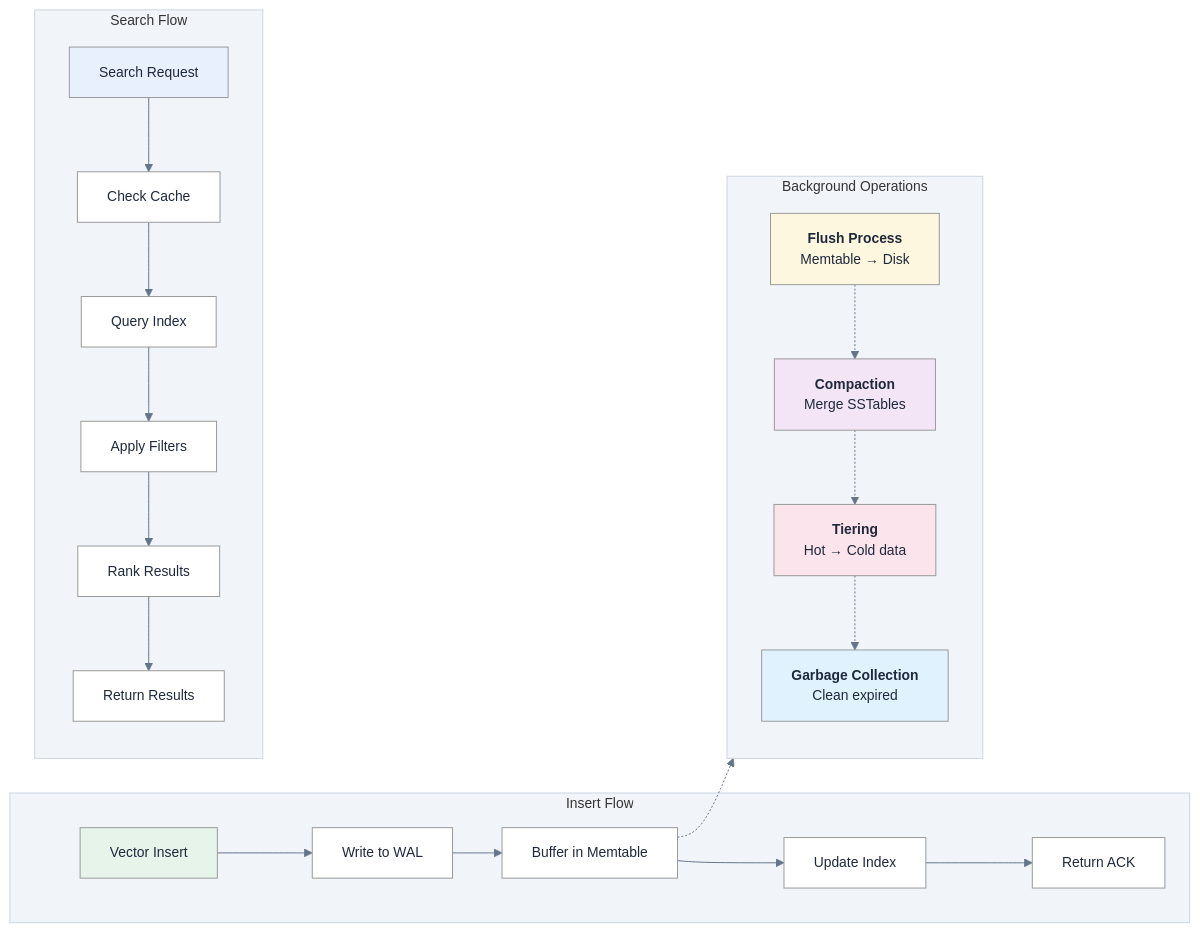
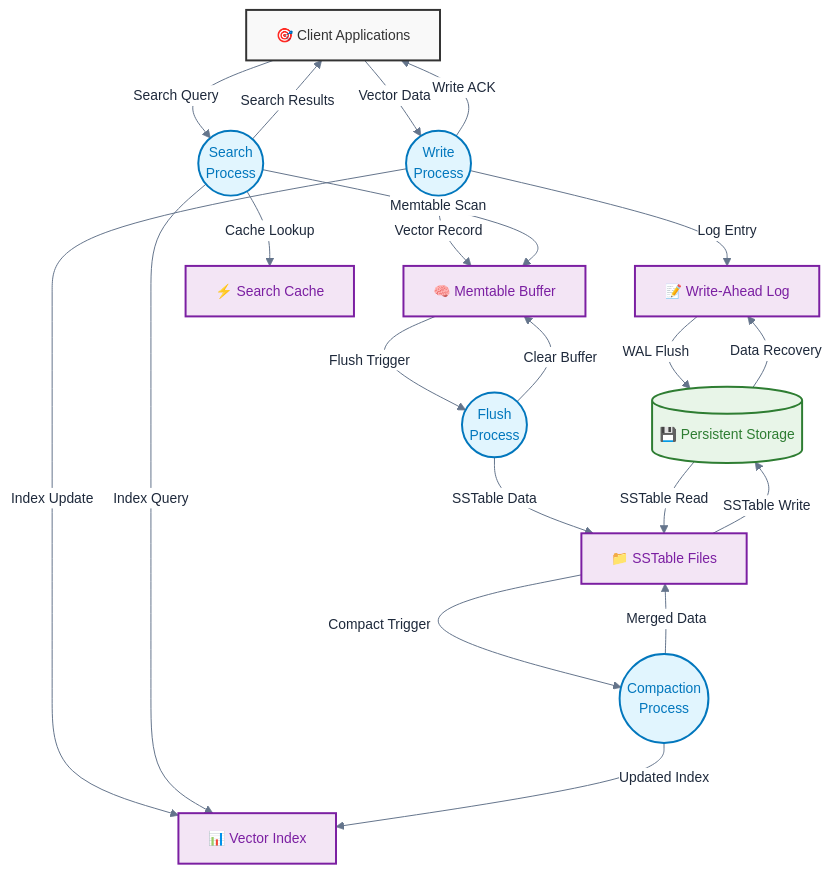
Before and after one commit to vjsingh1984/proximaDB: the diagram in docs/diagrams/system-data-flow-abstract.mmd, drawn with Mermaid. The commit also changed 13 other files, not shown here.

First line of the commit message:
fix: resolve compilation errors and improve diagram design

```diff
--- a/docs/diagrams/system-data-flow-abstract.mmd
+++ b/docs/diagrams/system-data-flow-abstract.mmd
@@ -1,38 +1,58 @@
 %%{init: {"theme":"neutral", "themeVariables": {"primaryColor":"#2563eb","primaryTextColor":"#ffffff","primaryBorderColor":"#1e40af","lineColor":"#64748b","secondaryColor":"#10b981","secondaryTextColor":"#ffffff","tertiaryColor":"#f59e0b","tertiaryTextColor":"#ffffff","background":"transparent","mainBkg":"#ffffff","secondBkg":"#f8fafc","textColor":"#1e293b","nodeTextColor":"#1e293b","fontFamily":"-apple-system, BlinkMacSystemFont, Segoe UI, Roboto, sans-serif","fontSize":"14px","clusterBkg":"#f1f5f9","clusterBorder":"#cbd5e1","edgeLabelBackground":"#ffffff"}}}%%
-graph LR
-    subgraph "Insert Flow"
-        Insert[Vector Insert]
-        Insert --> WAL1[Write to WAL]
-        WAL1 --> Mem1[Buffer in Memtable]
-        Mem1 --> Index1[Update Index]
-        Index1 --> Ack[Return ACK]
-    end
+flowchart TD
+    %% External entities (sources/sinks)
+    Client[🎯 Client Applications]
+    Storage[(💾 Persistent Storage)]
     
-    subgraph "Search Flow"
-        Search[Search Request]
-        Search --> Cache1[Check Cache]
-        Cache1 --> Index2[Query Index]
-        Index2 --> Filter[Apply Filters]
-        Filter --> Rank[Rank Results]
-        Rank --> Return[Return Results]
-    end
+    %% Data processes (circles/ellipses in traditional DFD)
+    P1((Write<br/>Process))
+    P2((Search<br/>Process))
+    P3((Flush<br/>Process))
+    P4((Compaction<br/>Process))
     
-    subgraph "Background Operations"
-        direction TB
-        Flush[<b>Flush Process</b><br/>Memtable → Disk]
-        Compact[<b>Compaction</b><br/>Merge SSTables]
-        Tier[<b>Tiering</b><br/>Hot → Cold data]
-        GC[<b>Garbage Collection</b><br/>Clean expired]
-    end
+    %% Data stores (open rectangles in traditional DFD)
+    DS1[📝 Write-Ahead Log]
+    DS2[🧠 Memtable Buffer]
+    DS3[📊 Vector Index]
+    DS4[⚡ Search Cache]
+    DS5[📁 SSTable Files]
     
-    Mem1 -.-> Flush
-    Flush -.-> Compact
-    Compact -.-> Tier
-    Tier -.-> GC
+    %% Data flows - Write Path (vertical flow)
+    Client -->|Vector Data| P1
+    P1 -->|Log Entry| DS1
+    P1 -->|Vector Record| DS2
+    P1 -->|Index Update| DS3
+    P1 -->|Write ACK| Client
     
-    style Insert fill:#e6f4ea
-    style Search fill:#e8f0fe
-    style Flush fill:#fef7e0
-    style Compact fill:#f3e5f5
-    style Tier fill:#fce4ec
-    style GC fill:#e0f2fe
+    %% Data flows - Search Path (vertical flow)
+    Client -->|Search Query| P2
+    P2 -->|Cache Lookup| DS4
+    P2 -->|Index Query| DS3
+    P2 -->|Memtable Scan| DS2
+    P2 -->|Search Results| Client
+    
+    %% Data flows - Background Operations (vertical flow)
+    DS2 -->|Flush Trigger| P3
+    P3 -->|SSTable Data| DS5
+    P3 -->|Clear Buffer| DS2
+    
+    DS5 -->|Compact Trigger| P4
+    P4 -->|Merged Data| DS5
+    P4 -->|Updated Index| DS3
+    
+    %% Persistence flows (vertical flow)
+    DS1 -->|WAL Flush| Storage
+    DS5 -->|SSTable Write| Storage
+    Storage -->|Data Recovery| DS1
+    Storage -->|SSTable Read| DS5
+    
+    %% DFD styling - Traditional data flow diagram colors
+    classDef externalEntity fill:#f9f9f9,stroke:#333,stroke-width:2px,color:#333
+    classDef process fill:#e1f5fe,stroke:#0277bd,stroke-width:2px,color:#0277bd
+    classDef dataStore fill:#f3e5f5,stroke:#7b1fa2,stroke-width:2px,color:#7b1fa2
+    classDef storage fill:#e8f5e8,stroke:#2e7d32,stroke-width:2px,color:#2e7d32
+    
+    class Client externalEntity
+    class P1,P2,P3,P4 process
+    class DS1,DS2,DS3,DS4,DS5 dataStore
+    class Storage storage
```
